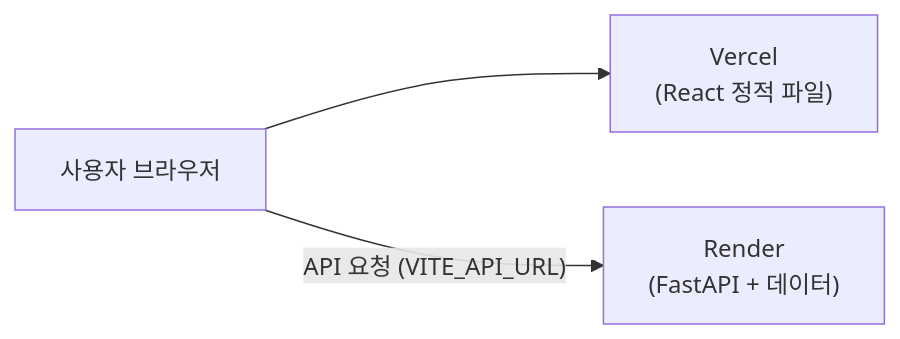
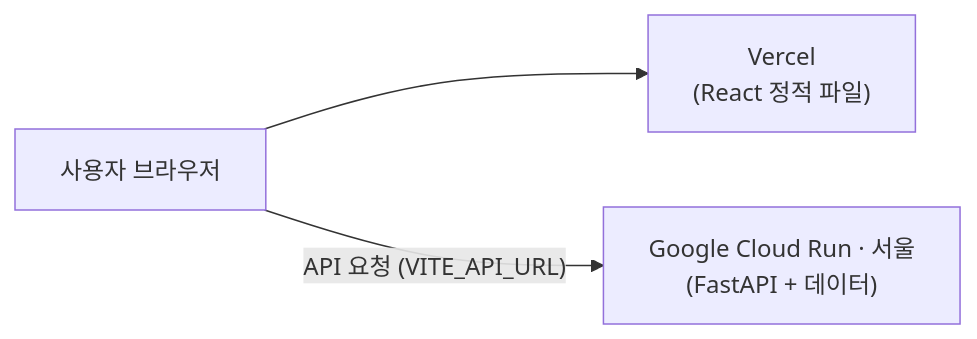
One commit to junijuny/boardgame-recommender changed the diagram in docs/deploy.md. Above: the diagram before and after it, drawn with Mermaid. The commit also changed other lines of this file and 6 other files, not shown here.

````diff
--- a/docs/deploy.md
+++ b/docs/deploy.md
@@ -12,5 +12,5 @@
 ```mermaid
 flowchart LR
     U["사용자 브라우저"] --> F["Vercel<br/>(React 정적 파일)"]
-    U -- "API 요청 (VITE_API_URL)" --> B["Render<br/>(FastAPI + 데이터)"]
+    U -- "API 요청 (VITE_API_URL)" --> B["Google Cloud Run · 서울<br/>(FastAPI + 데이터)"]
 ```
````
